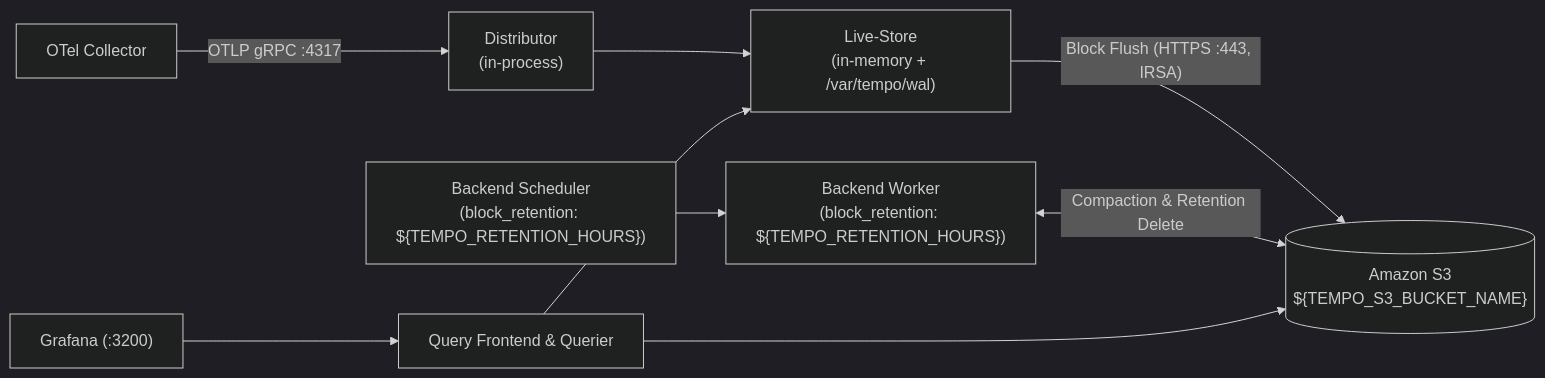
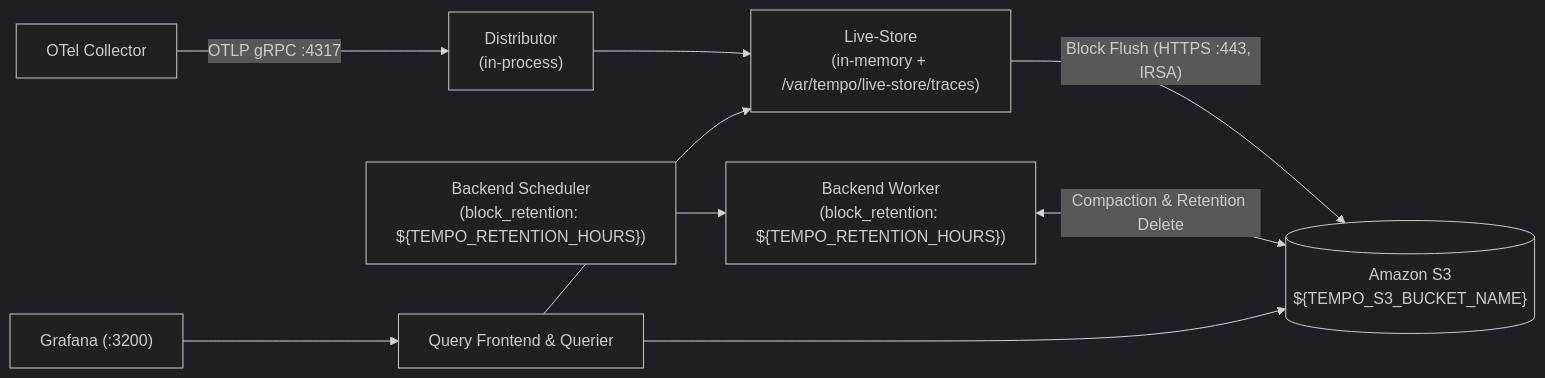
Before and after one commit to qorgh529/test-orca: the diagram in docs/features/tempo-chart-migration/design.md, drawn with Mermaid (dark theme). The commit also changed other lines of this file, not shown here.

Commit message:
docs: correct Tempo 3 Live-Store WAL path and note 2.x WAL on upgrade

````diff
--- a/docs/features/tempo-chart-migration/design.md
+++ b/docs/features/tempo-chart-migration/design.md
@@ -123,11 +123,11 @@
 ```mermaid
 flowchart LR
     COL["OTel Collector"] -->|"OTLP gRPC :4317"| DIST["Distributor<br/>(in-process)"]
-    DIST --> LIVE["Live-Store<br/>(in-memory + /var/tempo/wal)"]
+    DIST --> LIVE["Live-Store<br/>(in-memory + /var/tempo/live-store/traces)"]
     LIVE -->|"Block Flush (HTTPS :443, IRSA)"| S3[("Amazon S3<br/>${TEMPO_S3_BUCKET_NAME}")]
     SCHED["Backend Scheduler<br/>(block_retention: ${TEMPO_RETENTION_HOURS})"] --> WORKER["Backend Worker<br/>(block_retention: ${TEMPO_RETENTION_HOURS})"]
     WORKER <-->|"Compaction & Retention Delete"| S3
     GRAF["Grafana (:3200)"] --> QF["Query Frontend & Querier"]
     QF --> LIVE
     QF --> S3
 ```
````
